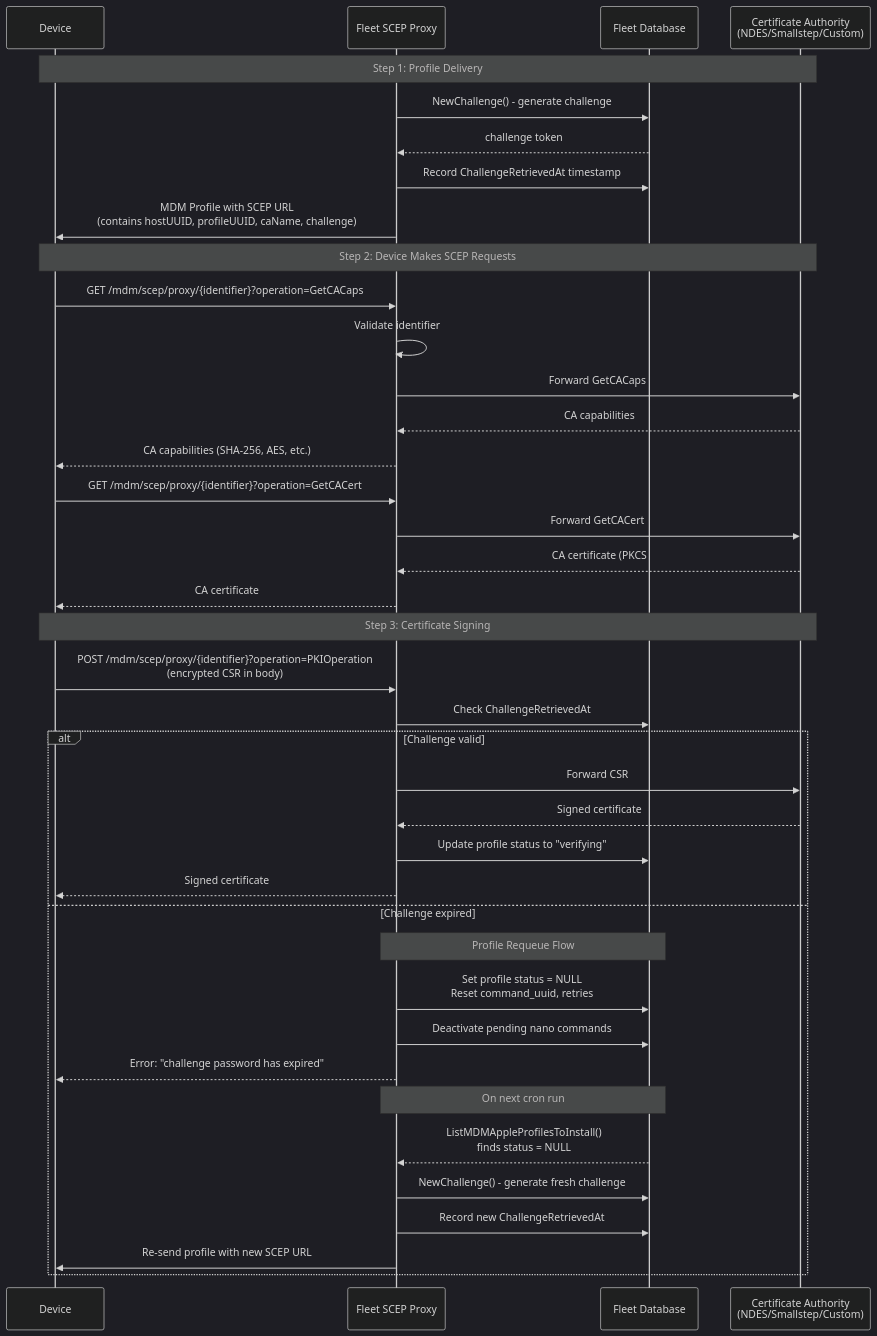
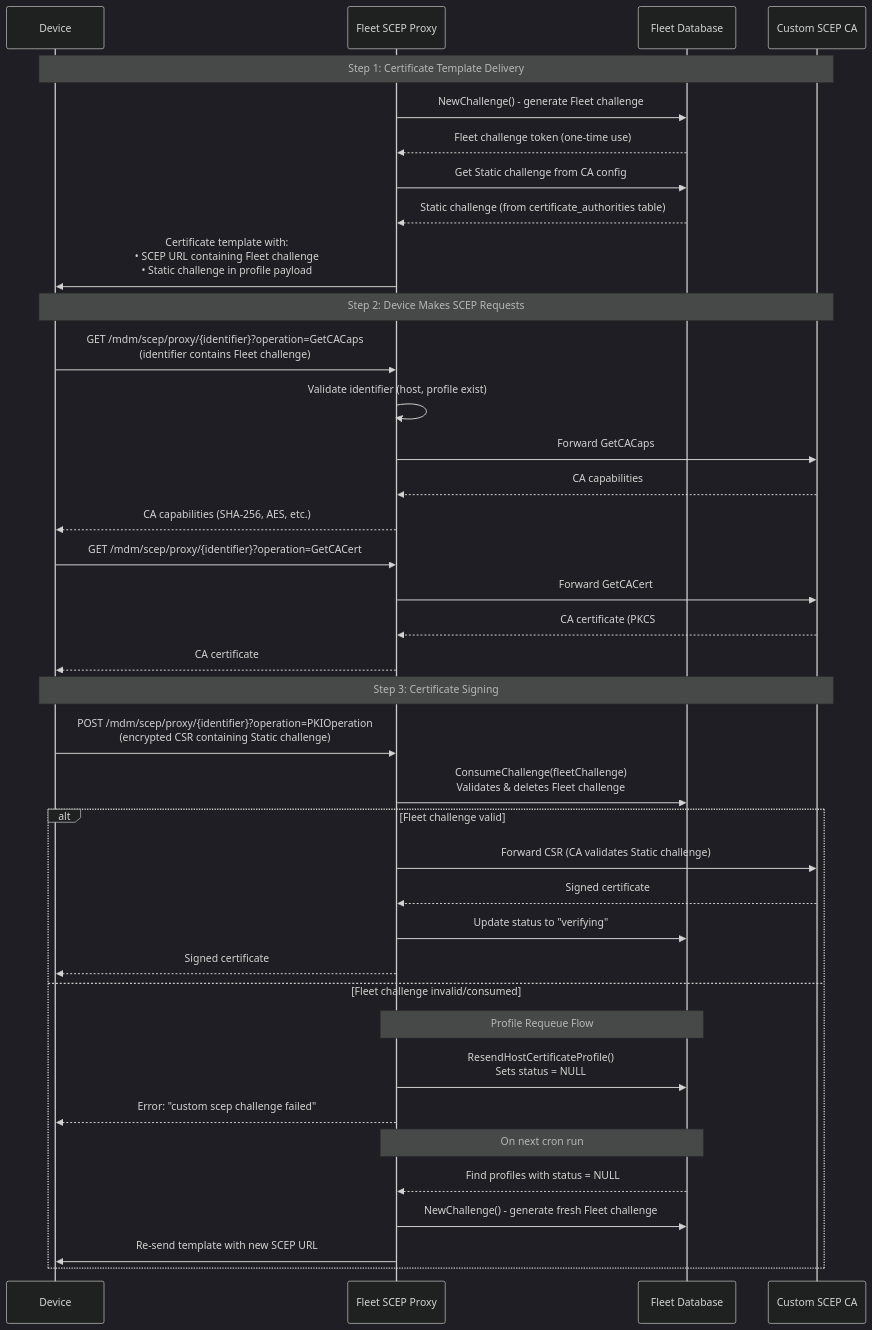
The diagram in server/mdm/scep/SCEP.md (fleetdm/fleet), drawn with Mermaid (dark theme) before and after one commit. The commit also changed other lines of this file, not shown here.

````diff
--- a/server/mdm/scep/SCEP.md
+++ b/server/mdm/scep/SCEP.md
@@ -41,45 +41,44 @@
 ```mermaid
 sequenceDiagram
     participant Device
     participant Fleet as Fleet SCEP Proxy
     participant DB as Fleet Database
-    participant CA as Certificate Authority<br/>(NDES/Smallstep/Custom)
+    participant CA as Custom SCEP CA
 
-    Note over Device,CA: Step 1: Profile Delivery
-    Fleet->>DB: NewChallenge() - generate challenge
-    DB-->>Fleet: challenge token
-    Fleet->>DB: Record ChallengeRetrievedAt timestamp
-    Fleet->>Device: MDM Profile with SCEP URL<br/>(contains hostUUID, profileUUID, caName, challenge)
+    Note over Device,CA: Step 1: Certificate Template Delivery
+    Fleet->>DB: NewChallenge() - generate Fleet challenge
+    DB-->>Fleet: Fleet challenge token (one-time use)
+    Fleet->>DB: Get Static challenge from CA config
+    DB-->>Fleet: Static challenge (from certificate_authorities table)
+    Fleet->>Device: Certificate template with:<br/>• SCEP URL containing Fleet challenge<br/>• Static challenge in profile payload
 
     Note over Device,CA: Step 2: Device Makes SCEP Requests
-    Device->>Fleet: GET /mdm/scep/proxy/{identifier}?operation=GetCACaps
-    Fleet->>Fleet: Validate identifier
+    Device->>Fleet: GET /mdm/scep/proxy/{identifier}?operation=GetCACaps<br/>(identifier contains Fleet challenge)
+    Fleet->>Fleet: Validate identifier (host, profile exist)
     Fleet->>CA: Forward GetCACaps
     CA-->>Fleet: CA capabilities
     Fleet-->>Device: CA capabilities (SHA-256, AES, etc.)
 
     Device->>Fleet: GET /mdm/scep/proxy/{identifier}?operation=GetCACert
     Fleet->>CA: Forward GetCACert
     CA-->>Fleet: CA certificate (PKCS#7)
     Fleet-->>Device: CA certificate
 
     Note over Device,CA: Step 3: Certificate Signing
-    Device->>Fleet: POST /mdm/scep/proxy/{identifier}?operation=PKIOperation<br/>(encrypted CSR in body)
-    Fleet->>DB: Check ChallengeRetrievedAt
-    alt Challenge valid
-        Fleet->>CA: Forward CSR
+    Device->>Fleet: POST /mdm/scep/proxy/{identifier}?operation=PKIOperation<br/>(encrypted CSR containing Static challenge)
+    Fleet->>DB: ConsumeChallenge(fleetChallenge)<br/>Validates & deletes Fleet challenge
+    alt Fleet challenge valid
+        Fleet->>CA: Forward CSR (CA validates Static challenge)
         CA-->>Fleet: Signed certificate
-        Fleet->>DB: Update profile status to "verifying"
+        Fleet->>DB: Update status to "verifying"
         Fleet-->>Device: Signed certificate
-    else Challenge expired
+    else Fleet challenge invalid/consumed
         Note over Fleet,DB: Profile Requeue Flow
-        Fleet->>DB: Set profile status = NULL<br/>Reset command_uuid, retries
-        Fleet->>DB: Deactivate pending nano commands
-        Fleet-->>Device: Error: "challenge password has expired"
+        Fleet->>DB: ResendHostCertificateProfile()<br/>Sets status = NULL
+        Fleet-->>Device: Error: "custom scep challenge failed"
         Note over Fleet,DB: On next cron run
-        DB-->>Fleet: ListMDMAppleProfilesToInstall()<br/>finds status = NULL
-        Fleet->>DB: NewChallenge() - generate fresh challenge
-        Fleet->>DB: Record new ChallengeRetrievedAt
-        Fleet->>Device: Re-send profile with new SCEP URL
+        DB-->>Fleet: Find profiles with status = NULL
+        Fleet->>DB: NewChallenge() - generate fresh Fleet challenge
+        Fleet->>Device: Re-send template with new SCEP URL
     end
 ```
````
